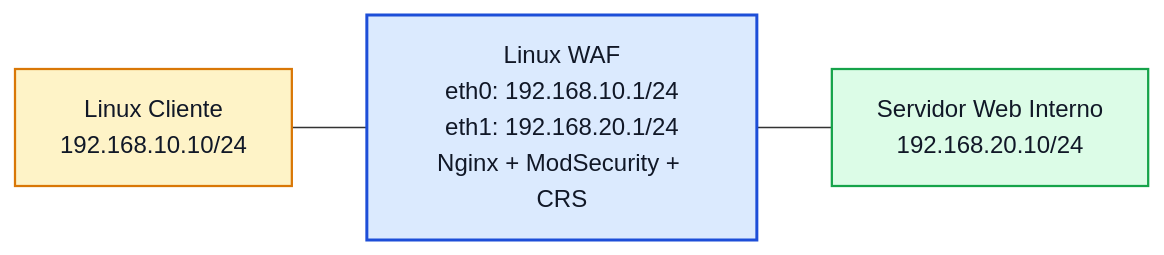
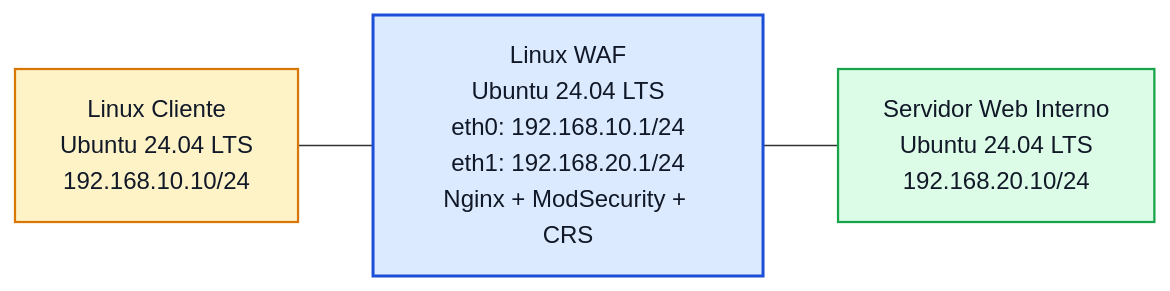
Before and after one commit to oficialvzi/PTR: the diagram in labs/lab13.md, drawn with Mermaid. The commit also changed other lines of this file and 5 other files, not shown here.

Commit message:
Atualiza titulo do Laboratorio 10 e padroniza nós com Ubuntu 24.04 LTS nos roteiros de seguranca

````diff
--- a/labs/lab13.md
+++ b/labs/lab13.md
@@ -76,17 +76,17 @@
 ```mermaid
 flowchart LR
-    CLIENT["Linux Cliente<br/>192.168.10.10/24"]
-    WAF["Linux WAF<br/>eth0: 192.168.10.1/24<br/>eth1: 192.168.20.1/24<br/>Nginx + ModSecurity + CRS"]
-    WEB["Servidor Web Interno<br/>192.168.20.10/24"]
+    CLIENT["Linux Cliente<br/>Ubuntu 24.04 LTS<br/>192.168.10.10/24"]
+    WAF["Linux WAF<br/>Ubuntu 24.04 LTS<br/>eth0: 192.168.10.1/24<br/>eth1: 192.168.20.1/24<br/>Nginx + ModSecurity + CRS"]
+    WEB["Servidor Web Interno<br/>Ubuntu 24.04 LTS<br/>192.168.20.10/24"]
 
     CLIENT --- WAF
     WAF --- WEB
 
     classDef host fill:#fef3c7,stroke:#d97706,color:#111827,stroke-width:1.5px;
     classDef waf fill:#dbeafe,stroke:#1d4ed8,color:#111827,stroke-width:2px;
     classDef web fill:#dcfce7,stroke:#16a34a,color:#111827,stroke-width:1.5px;
 
     class CLIENT host;
     class WAF waf;
     class WEB web;
 ```
````
